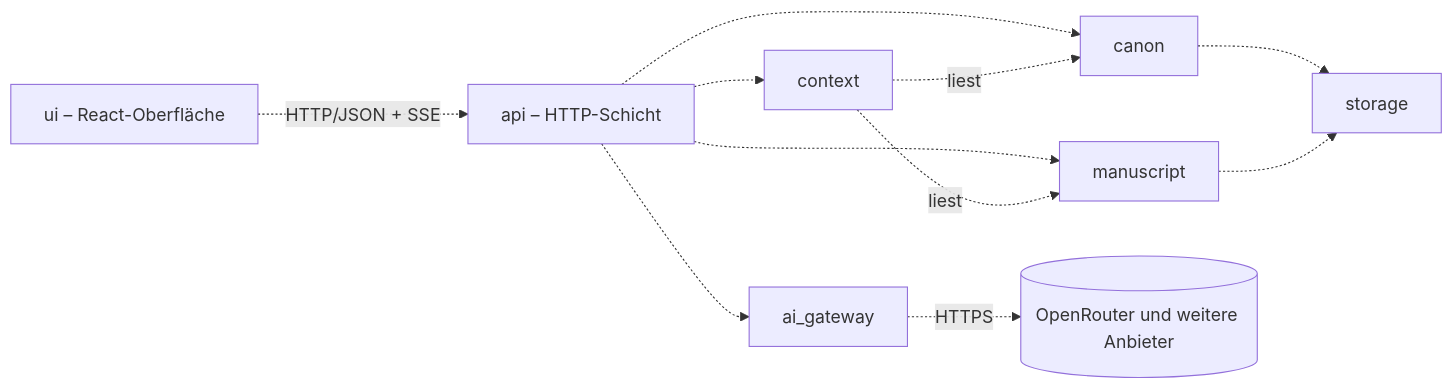
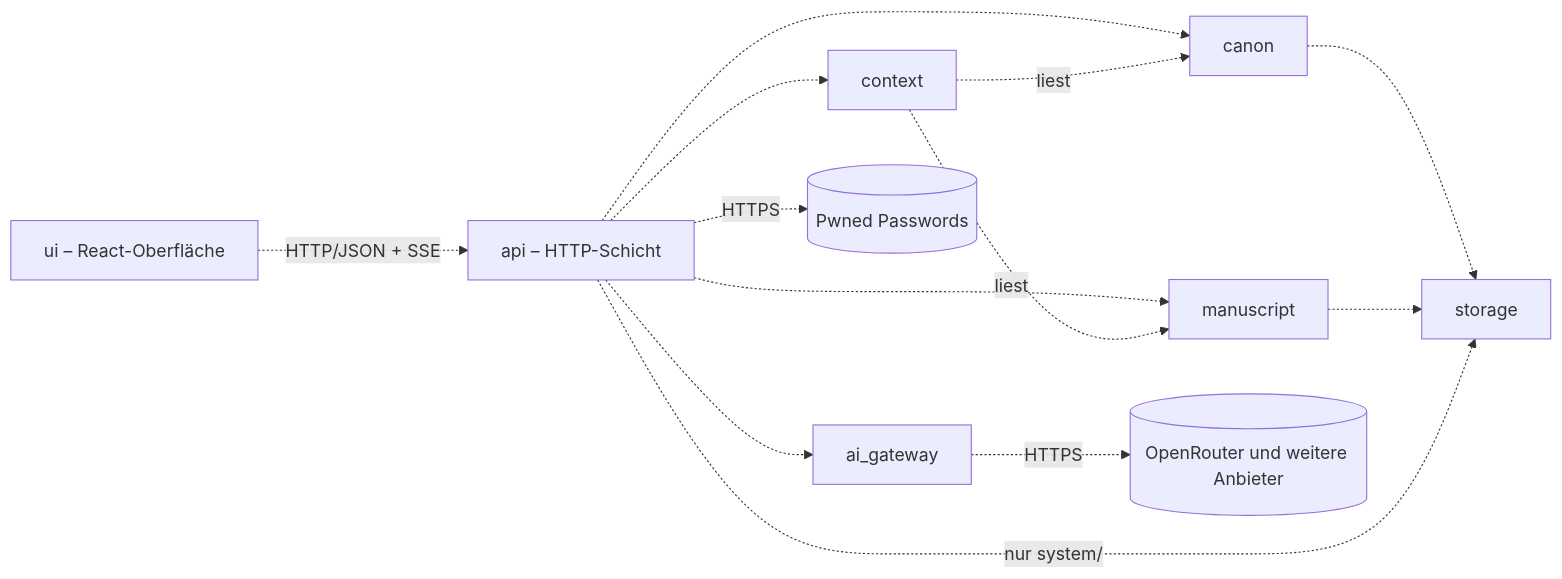
Before and after one commit to Paddel87/Skriptorium: the first of 2 diagrams in docs/architecture.md, drawn with Mermaid. The commit also changed other lines of this file and 3 other files, not shown here.

````diff
--- a/docs/architecture.md
+++ b/docs/architecture.md
@@ -37,13 +37,15 @@
 ```mermaid
 graph LR
   UI[ui – React-Oberfläche] -.->|HTTP/JSON + SSE| API[api – HTTP-Schicht]
   API -.-> CANON[canon]
   API -.-> MS[manuscript]
   API -.-> CTX[context]
   API -.-> AI[ai_gateway]
   CTX -.->|liest| CANON
   CTX -.->|liest| MS
   CANON -.-> STORE[storage]
   MS -.-> STORE
   AI -.->|HTTPS| OR[(OpenRouter und weitere Anbieter)]
+  API -.->|nur system/| STORE
+  API -.->|HTTPS| HIBP[(Pwned Passwords)]
 ```
````
